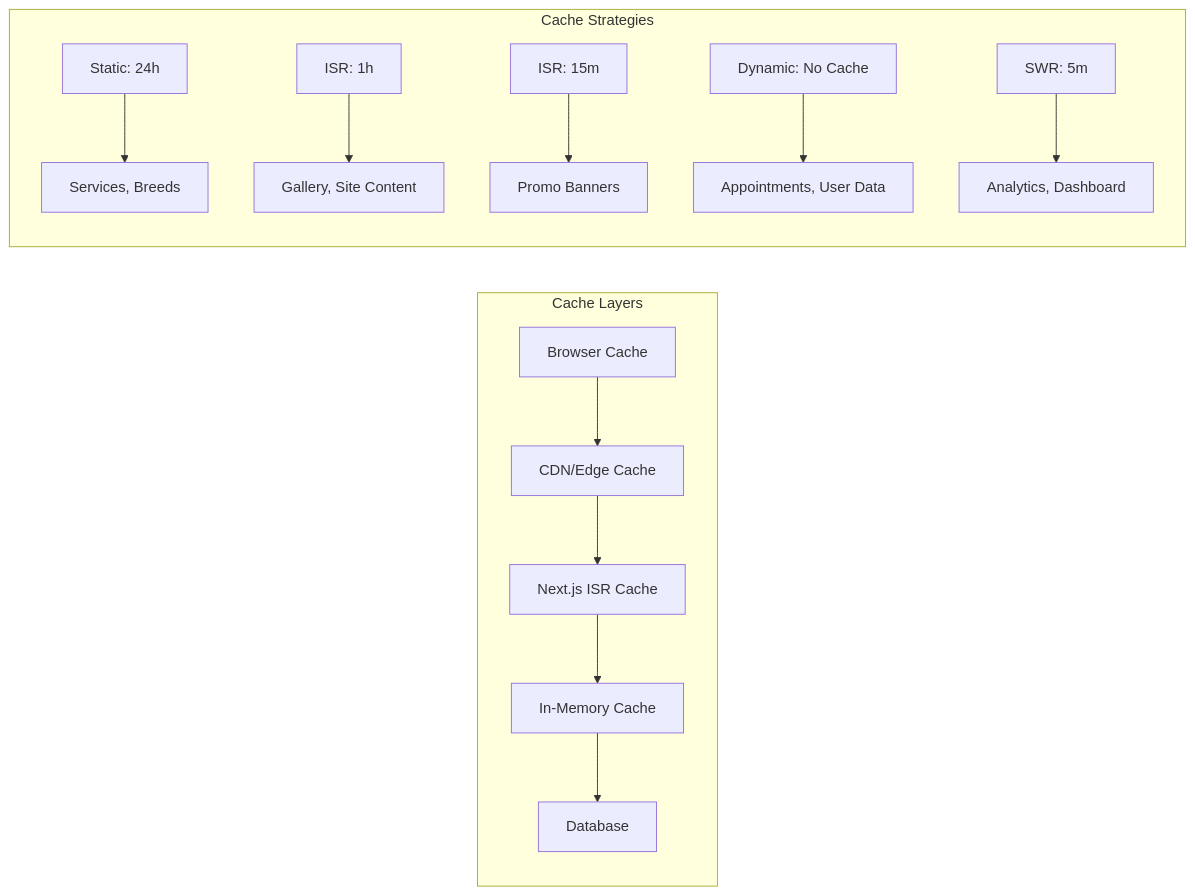
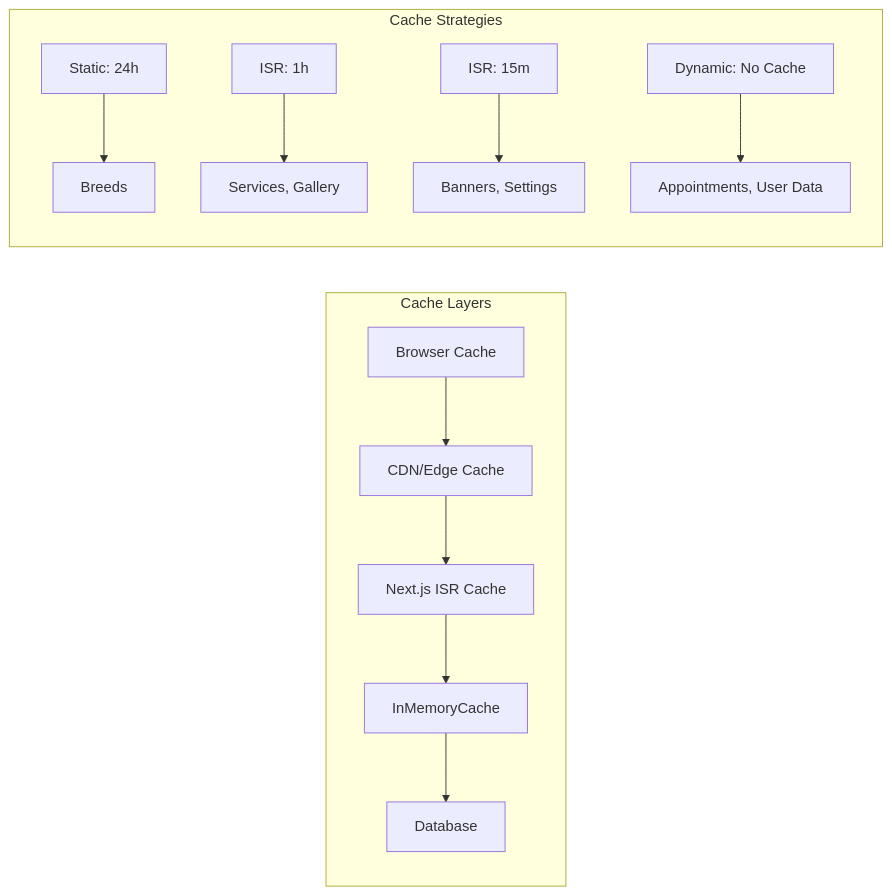
The third of 5 diagrams in docs/specs/phase-10-testing-polish/design.md (jonlee90/thepuppyday), drawn with Mermaid before and after one commit. The commit also changed other lines of this file and 138 other files, not shown here.

````diff
--- a/docs/specs/phase-10-testing-polish/design.md
+++ b/docs/specs/phase-10-testing-polish/design.md
@@ -413,17 +436,16 @@
 ```mermaid
 graph LR
     subgraph "Cache Layers"
         A[Browser Cache] --> B[CDN/Edge Cache]
         B --> C[Next.js ISR Cache]
-        C --> D[In-Memory Cache]
+        C --> D[InMemoryCache]
         D --> E[Database]
     end
 
     subgraph "Cache Strategies"
-        F[Static: 24h] --> G[Services, Breeds]
-        H[ISR: 1h] --> I[Gallery, Site Content]
-        J[ISR: 15m] --> K[Promo Banners]
+        F[Static: 24h] --> G[Breeds]
+        H[ISR: 1h] --> I[Services, Gallery]
+        J[ISR: 15m] --> K[Banners, Settings]
         L[Dynamic: No Cache] --> M[Appointments, User Data]
-        N[SWR: 5m] --> O[Analytics, Dashboard]
     end
 ```
````
